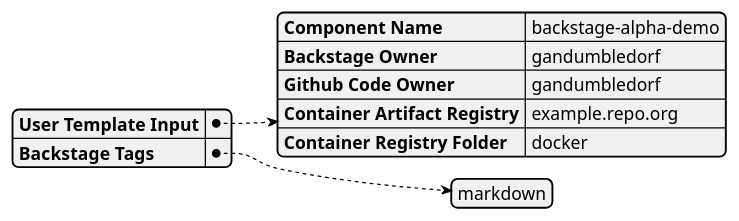
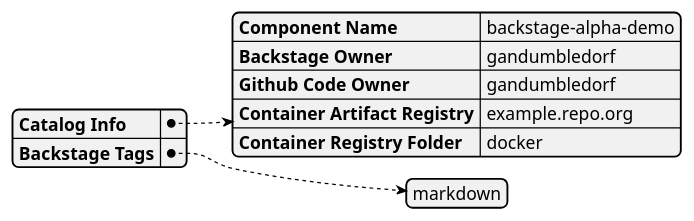
One commit to gandumbledorf/backstage-alpha-demo changed the fifth of 5 diagrams in docs/index.md. Above: the diagram before and after it, drawn with PlantUML.

Commit message:
Add plantuml json for testing

```diff
--- a/docs/index.md
+++ b/docs/index.md
@@ -136,14 +136,14 @@
 @startjson
 {
-    "User Template Input": {
+    "Catalog Info": {
         "Component Name": "backstage-alpha-demo",
         "Backstage Owner": "gandumbledorf",
         "Github Code Owner": "gandumbledorf",
         "Container Artifact Registry": "example.repo.org",
         "Container Registry Folder": "docker"
     },
     "Backstage Tags": [
         "markdown"
     ] 
 }
 @endjson
```
